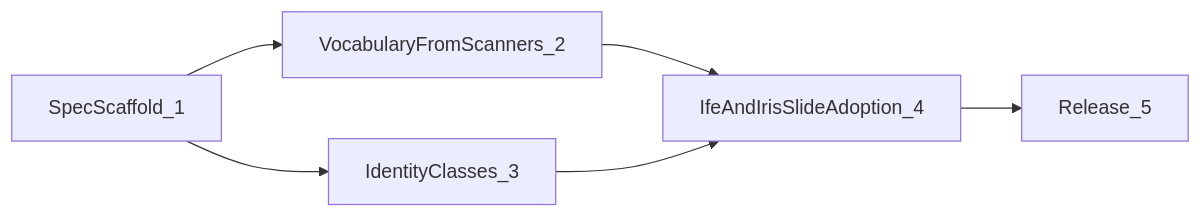
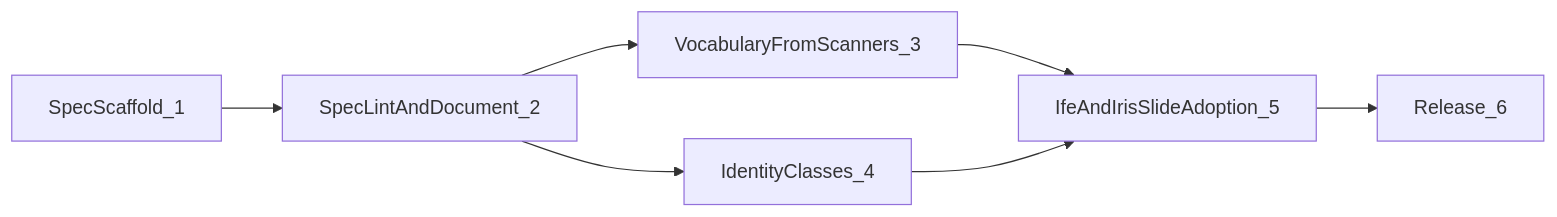
Before and after one commit to Aptix-Bio/Iris-Interoperability-Specification: the diagram in development/WBS.md, drawn with Mermaid. The commit also changed other lines of this file and 14 other files, not shown here.

First line of the commit message:
SpecLintAndDocument_2: rename DSI to DII and state every goal without quotes

````diff
--- a/development/WBS.md
+++ b/development/WBS.md
@@ -26,8 +26,9 @@
 ```mermaid
 flowchart LR
-    S1["SpecScaffold_1"] --> S2["VocabularyFromScanners_2"]
-    S1 --> S3["IdentityClasses_3"]
-    S2 --> S4["IfeAndIrisSlideAdoption_4"]
-    S3 --> S4
-    S4 --> S5["Release_5"]
+    S1["SpecScaffold_1"] --> S2["SpecLintAndDocument_2"]
+    S2 --> S3["VocabularyFromScanners_3"]
+    S2 --> S4["IdentityClasses_4"]
+    S3 --> S5["IfeAndIrisSlideAdoption_5"]
+    S4 --> S5
+    S5 --> S6["Release_6"]
 ```
````
